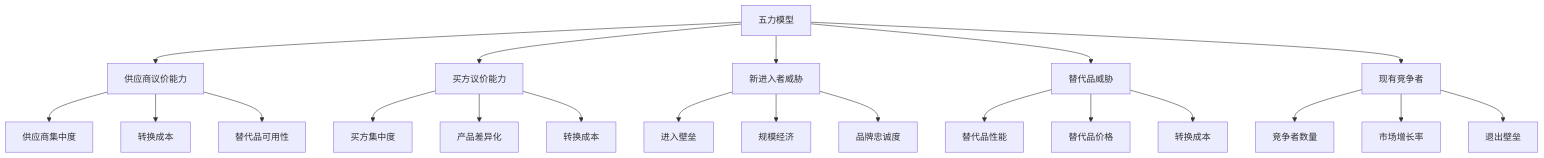
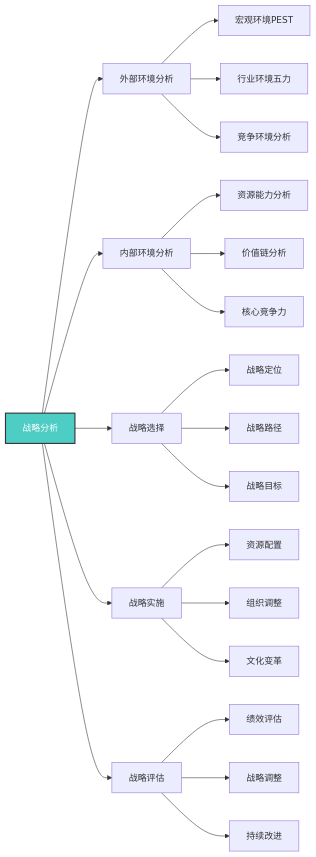
Before and after one commit to Anping2017/obsidian: the second of 8 diagrams in 企业领导力/03-能力构建层/核心领导能力/01-战略思维.md, drawn with Mermaid. The commit also changed other lines of this file and 28 other files, not shown here.

````diff
--- a/企业领导力/03-能力构建层/核心领导能力/01-战略思维.md
+++ b/企业领导力/03-能力构建层/核心领导能力/01-战略思维.md
@@ -77,28 +43,30 @@
 ```mermaid
-graph TD
-    A[五力模型] --> B[供应商议价能力]
-    A --> C[买方议价能力]
-    A --> D[新进入者威胁]
-    A --> E[替代品威胁]
-    A --> F[现有竞争者]
+graph LR
+    A[战略分析] --> B[外部环境分析]
+    A --> C[内部环境分析]
+    A --> D[战略选择]
+    A --> E[战略实施]
+    A --> F[战略评估]
     
-    B --> B1[供应商集中度]
-    B --> B2[转换成本]
-    B --> B3[替代品可用性]
+    B --> B1[宏观环境PEST]
+    B --> B2[行业环境五力]
+    B --> B3[竞争环境分析]
     
-    C --> C1[买方集中度]
-    C --> C2[产品差异化]
-    C --> C3[转换成本]
+    C --> C1[资源能力分析]
+    C --> C2[价值链分析]
+    C --> C3[核心竞争力]
     
-    D --> D1[进入壁垒]
-    D --> D2[规模经济]
-    D --> D3[品牌忠诚度]
+    D --> D1[战略定位]
+    D --> D2[战略路径]
+    D --> D3[战略目标]
     
-    E --> E1[替代品性能]
-    E --> E2[替代品价格]
-    E --> E3[转换成本]
+    E --> E1[资源配置]
+    E --> E2[组织调整]
+    E --> E3[文化变革]
     
-    F --> F1[竞争者数量]
-    F --> F2[市场增长率]
-    F --> F3[退出壁垒]
+    F --> F1[绩效评估]
+    F --> F2[战略调整]
+    F --> F3[持续改进]
+    
+    style A fill:#4ecdc4,stroke:#333,stroke-width:2px,color:#fff
 ```
````
